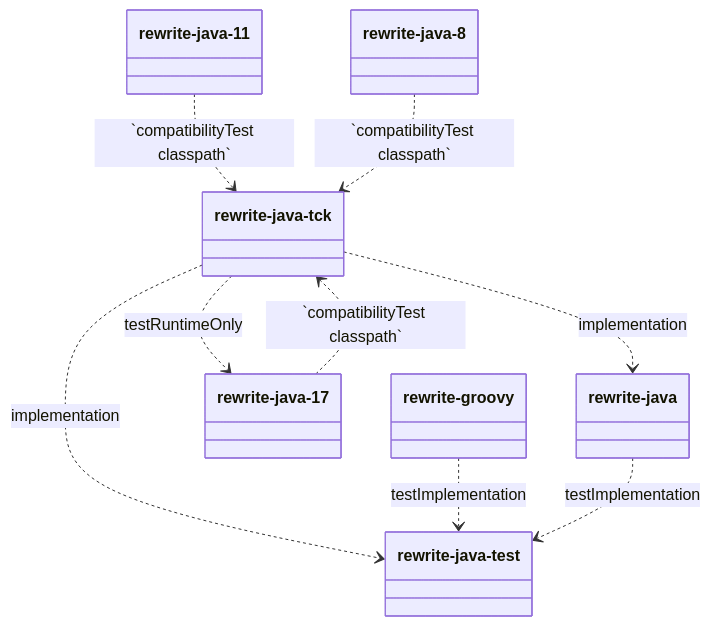
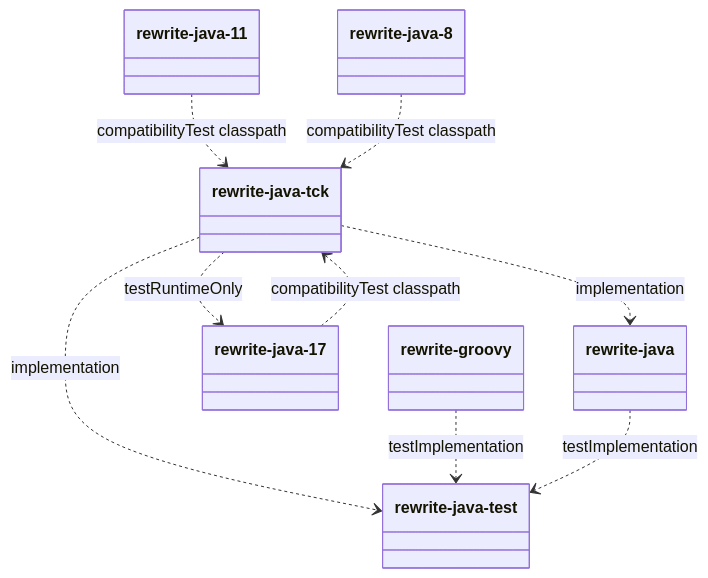
One commit to openrewrite/rewrite changed the diagram in rewrite-java-tck/README.md. Above: the diagram before and after it, drawn with Mermaid.

````diff
--- a/rewrite-java-tck/README.md
+++ b/rewrite-java-tck/README.md
@@ -9,11 +9,11 @@
 ```mermaid
 classDiagram
 `rewrite-java-tck` ..> `rewrite-java`: implementation
 `rewrite-java-tck` ..> `rewrite-java-test`: implementation
-`rewrite-java-17` ..> `rewrite-java-tck` : `compatibilityTest classpath`
-`rewrite-java-11` ..> `rewrite-java-tck` : `compatibilityTest classpath`
-`rewrite-java-8` ..> `rewrite-java-tck` : `compatibilityTest classpath`
+`rewrite-java-17` ..> `rewrite-java-tck` : compatibilityTest classpath
+`rewrite-java-11` ..> `rewrite-java-tck` : compatibilityTest classpath
+`rewrite-java-8` ..> `rewrite-java-tck` : compatibilityTest classpath
 `rewrite-groovy` ..> `rewrite-java-test` : testImplementation
 `rewrite-java` ..> `rewrite-java-test` : testImplementation
 `rewrite-java-tck` ..> `rewrite-java-17`: testRuntimeOnly
 ```
````
